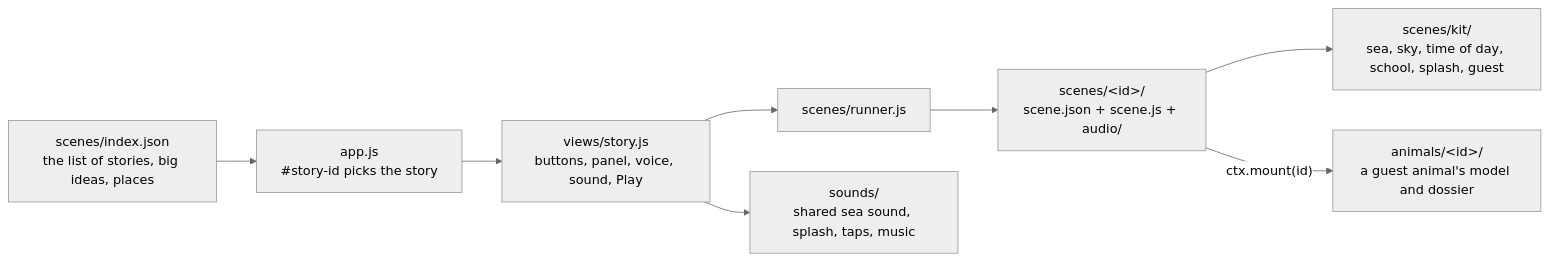
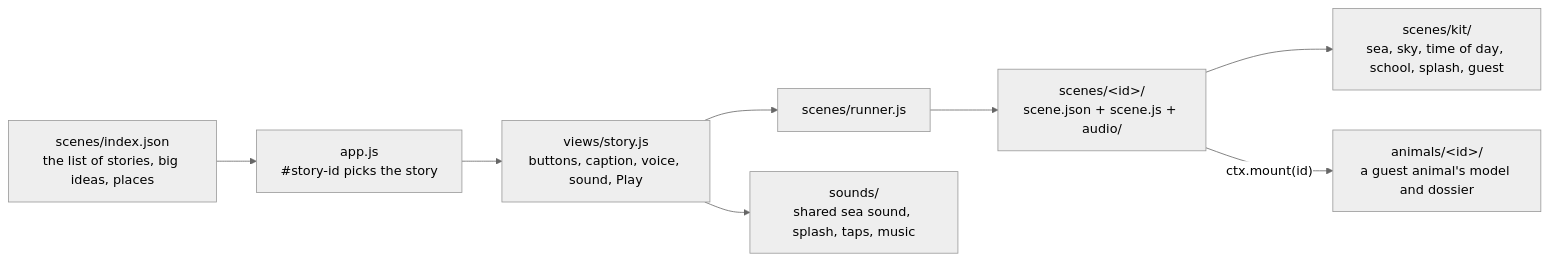
One commit to KeithMoc/big-blue-tales changed the diagram in README.md. Above: the diagram before and after it, drawn with Mermaid (neutral theme). The commit also changed other lines of this file and 32 other files, not shown here.

First line of the commit message:
Anchovy story: new opening, subtitles, sea bubble icons, buttons by mode, living sea (#3)

````diff
--- a/README.md
+++ b/README.md
@@ -65,10 +78,10 @@
 ```mermaid
 flowchart LR
   index["scenes/index.json<br/>the list of stories, big ideas, places"] --> app["app.js<br/>#story-id picks the story"]
-  app --> view["views/story.js<br/>buttons, panel, voice, sound, Play"]
+  app --> view["views/story.js<br/>buttons, caption, voice, sound, Play"]
   view --> runner["scenes/runner.js"]
   runner --> story["scenes/&lt;id&gt;/<br/>scene.json + scene.js + audio/"]
   story --> kit["scenes/kit/<br/>sea, sky, time of day, school, splash, guest"]
   story -- "ctx.mount(id)" --> guest["animals/&lt;id&gt;/<br/>a guest animal's model and dossier"]
   view --> sounds["sounds/<br/>shared sea sound, splash, taps, music"]
 ```
````
